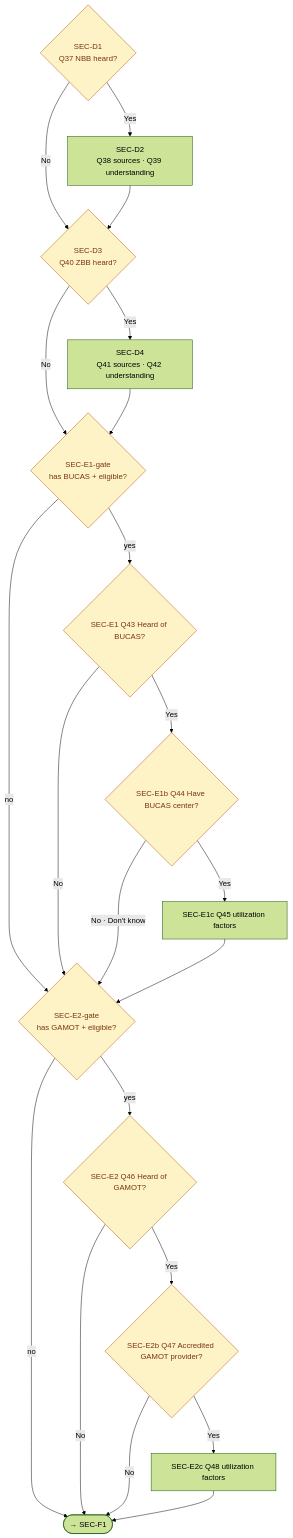
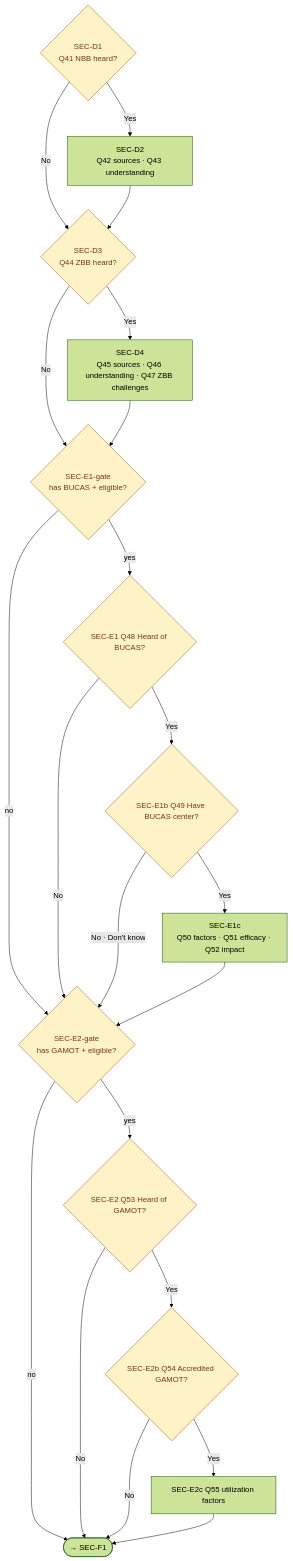
The fourth of 6 diagrams in deliverables/F2/F2-Skip-Logic.md (cplreyes/ASPSI-DOH-UHC-CAPI-Development), drawn with Mermaid (forest theme) before and after one commit. The commit also changed other lines of this file and 33 other files, not shown here.

First line of the commit message:
F2: Apr 20 questionnaire update — skip-logic, cross-field, generated schema

````diff
--- a/deliverables/F2/F2-Skip-Logic.md
+++ b/deliverables/F2/F2-Skip-Logic.md
@@ -145,27 +147,27 @@
 ```mermaid
 flowchart TD
-    D1{SEC-D1<br/>Q37 NBB heard?}
-    D1 -->|Yes| D2[SEC-D2<br/>Q38 sources · Q39 understanding]
-    D1 -->|No| D3{SEC-D3<br/>Q40 ZBB heard?}
+    D1{SEC-D1<br/>Q41 NBB heard?}
+    D1 -->|Yes| D2[SEC-D2<br/>Q42 sources · Q43 understanding]
+    D1 -->|No| D3{SEC-D3<br/>Q44 ZBB heard?}
     D2 --> D3
-    D3 -->|Yes| D4[SEC-D4<br/>Q41 sources · Q42 understanding]
+    D3 -->|Yes| D4[SEC-D4<br/>Q45 sources · Q46 understanding · Q47 ZBB challenges]
     D3 -->|No| E1g{SEC-E1-gate<br/>has BUCAS + eligible?}
     D4 --> E1g
-    E1g -->|yes| E1{SEC-E1 Q43 Heard of BUCAS?}
+    E1g -->|yes| E1{SEC-E1 Q48 Heard of BUCAS?}
     E1g -->|no| E2g{SEC-E2-gate<br/>has GAMOT + eligible?}
-    E1 -->|Yes| E1b{SEC-E1b Q44 Have BUCAS center?}
+    E1 -->|Yes| E1b{SEC-E1b Q49 Have BUCAS center?}
     E1 -->|No| E2g
-    E1b -->|Yes| E1c[SEC-E1c Q45 utilization factors]
+    E1b -->|Yes| E1c[SEC-E1c<br/>Q50 factors · Q51 efficacy · Q52 impact]
     E1b -->|No · Don't know| E2g
     E1c --> E2g
-    E2g -->|yes| E2{SEC-E2 Q46 Heard of GAMOT?}
+    E2g -->|yes| E2{SEC-E2 Q53 Heard of GAMOT?}
     E2g -->|no| F1([→ SEC-F1])
-    E2 -->|Yes| E2b{SEC-E2b Q47 Accredited GAMOT provider?}
+    E2 -->|Yes| E2b{SEC-E2b Q54 Accredited GAMOT?}
     E2 -->|No| F1
-    E2b -->|Yes| E2c[SEC-E2c Q48 utilization factors]
+    E2b -->|Yes| E2c[SEC-E2c Q55 utilization factors]
     E2b -->|No| F1
     E2c --> F1
 
     classDef gate fill:#fef3c7,stroke:#b45309,color:#78350f
     class D1,D3,E1g,E1,E1b,E2g,E2,E2b gate
 ```
````
